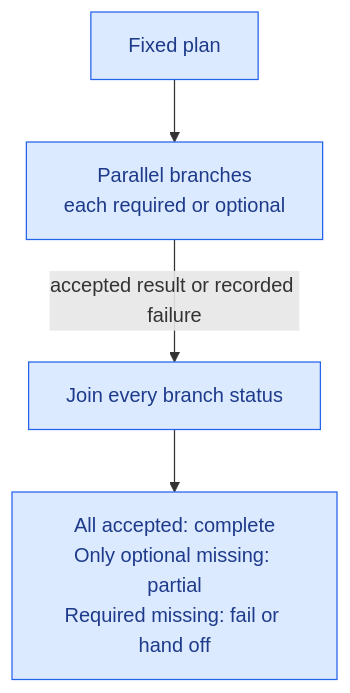
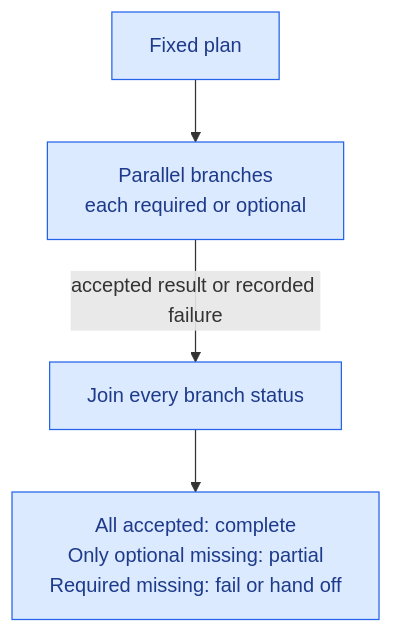
One commit to mzagar/wg-workflows-and-process-integration changed the diagram in workstreams/reference-architectures/patterns/parallel-fan-out-and-join.md. Above: the diagram before and after it, drawn with Mermaid. The commit also changed other lines of this file and 2 other files, not shown here.

````diff
--- a/workstreams/reference-architectures/patterns/parallel-fan-out-and-join.md
+++ b/workstreams/reference-architectures/patterns/parallel-fan-out-and-join.md
@@ -23,8 +23,9 @@
 ```mermaid
+%%{init: {"flowchart": {"wrappingWidth": 320}}}%%
 flowchart TB
     plan[Fixed plan] --> branches["Parallel branches<br/>each required or optional"]
     branches -- "accepted result or recorded failure" --> join["Join every branch status"]
     join --> outcome["All accepted: complete<br/>Only optional missing: partial<br/>Required missing: fail or hand off"]
     classDef workflow fill:#dbeafe,stroke:#2563eb,color:#1e3a8a
     class plan,branches,join,outcome workflow
 ```
````
